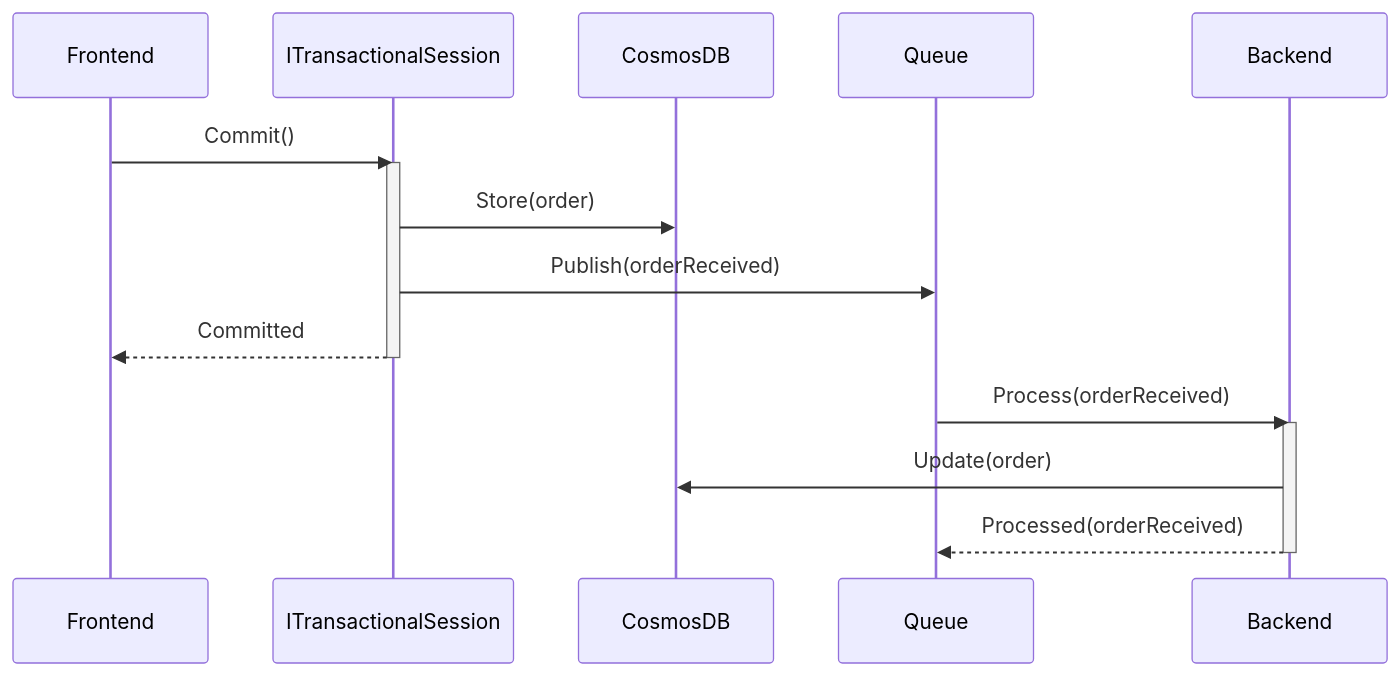
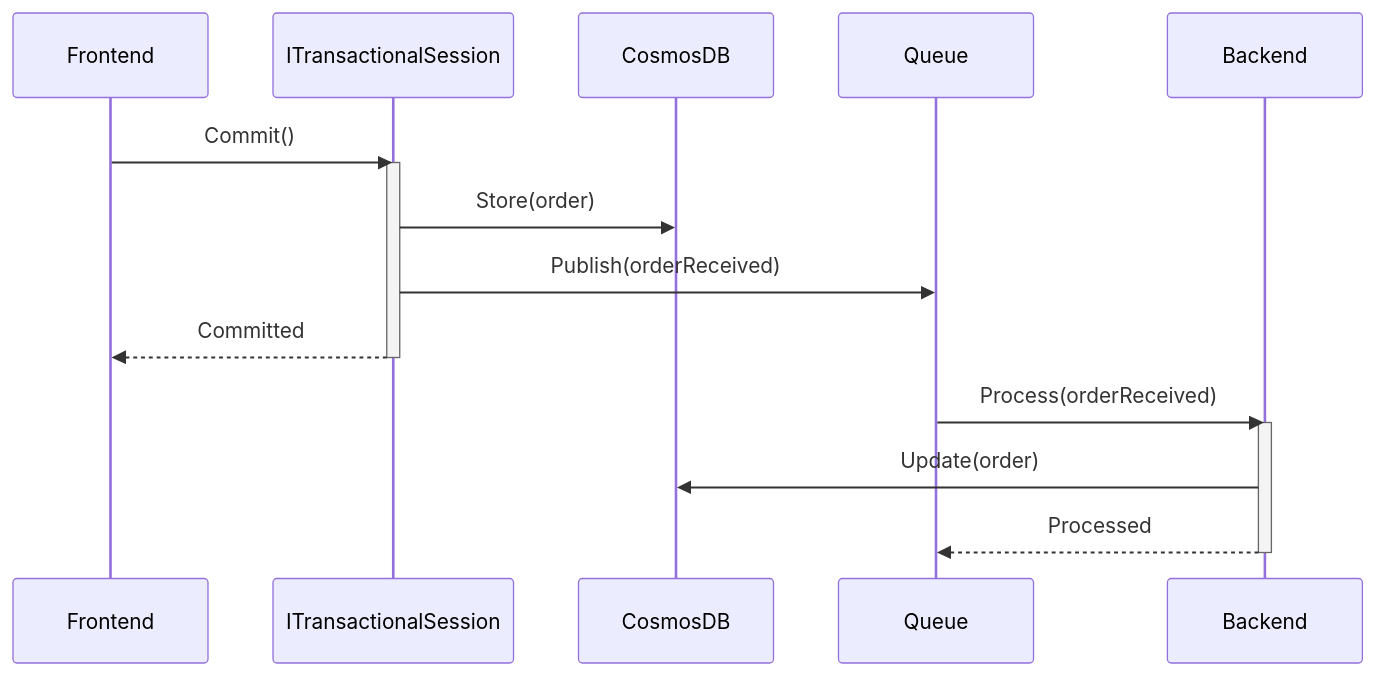
The diagram in samples/transactional-session/cosmosdb/sample.md (Particular/docs.particular.net), drawn with Mermaid before and after one commit.

Commit message:
Simplify

````diff
--- a/samples/transactional-session/cosmosdb/sample.md
+++ b/samples/transactional-session/cosmosdb/sample.md
@@ -20,14 +20,14 @@
 ```mermaid
 sequenceDiagram
     Frontend->>ITransactionalSession: Commit()
     activate ITransactionalSession
     ITransactionalSession->>CosmosDB: Store(order)
     ITransactionalSession->>Queue: Publish(orderReceived)
     ITransactionalSession-->>Frontend: Committed
     deactivate ITransactionalSession
     Queue->>Backend: Process(orderReceived)
     activate Backend
     Backend->>CosmosDB: Update(order)
-    Backend-->>Queue: Processed(orderReceived)
+    Backend-->>Queue: Processed
     deactivate Backend
 ```
````
